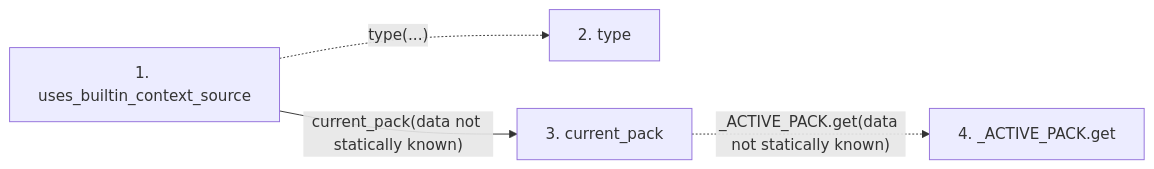
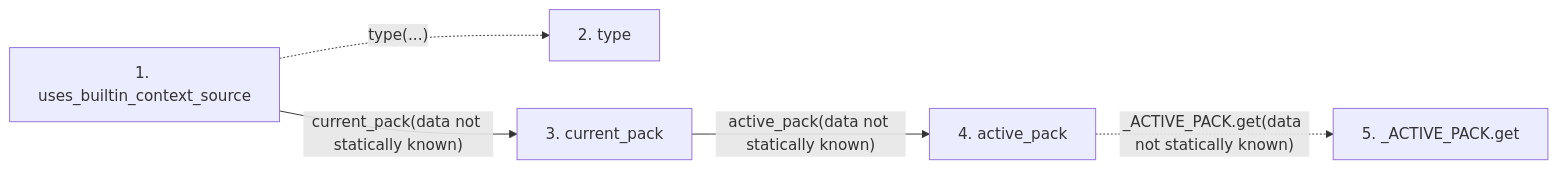
One commit to Denissvgn/python-wiki-llm changed the second of 2 diagrams in docs/llm_wiki/flows/api-uses_builtin_context_source.md. Above: the diagram before and after it, drawn with Mermaid. The commit also changed other lines of this file and 719 other files, not shown here.

````diff
--- a/docs/llm_wiki/flows/api-uses_builtin_context_source.md
+++ b/docs/llm_wiki/flows/api-uses_builtin_context_source.md
@@ -40,12 +42,15 @@
 ```mermaid
 flowchart LR
     s1["1. uses_builtin_context_source"]
     s2["2. type"]
     s3["3. current_pack"]
-    s4["4. _ACTIVE_PACK.get"]
+    s4["4. active_pack"]
+    s5["5. _ACTIVE_PACK.get"]
     s1 -. "type(...)" .-> s2
     s1 -->|"current_pack(data not statically known)"| s3
-    s3 -. "_ACTIVE_PACK.get(data not statically known)" .-> s4
+    s3 -->|"active_pack(data not statically known)"| s4
+    s4 -. "_ACTIVE_PACK.get(data not statically known)" .-> s5
     click s1 "../modules/domain_pack.md"
     click s3 "../modules/domain_pack.md"
+    click s4 "../modules/pack_interfaces.md"
 ```
````
